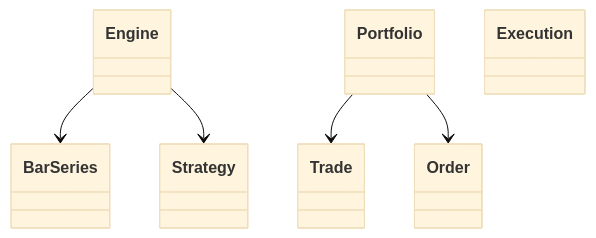
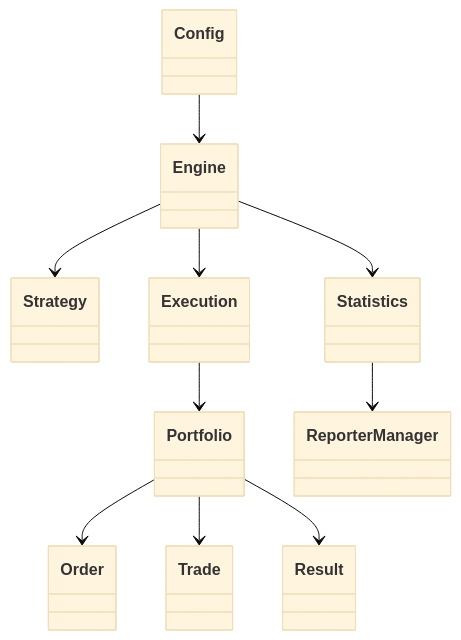
The second of 2 diagrams in README.md (diwiw/QuantGradesApp), drawn with Mermaid (base theme) before and after one commit. The commit also changed other lines of this file and 2 other files, not shown here.

`````diff
--- a/README.md
+++ b/README.md
@@ -139,15 +328,23 @@
 ````mermaid
 classDiagram
+    class Config
     class Engine
-    class BarSeries
     class Strategy
+    class Execution
     class Portfolio
     class Order
     class Trade
-    class Execution
+    class Result
+    class Statistics
+    class ReporterManager
 
-    Engine --> BarSeries
+    Config --> Engine
     Engine --> Strategy
+    Engine --> Execution
+    Execution --> Portfolio
+    Portfolio --> Order
     Portfolio --> Trade
-    Portfolio --> Order
+    Portfolio --> Result
+    Engine --> Statistics
+    Statistics --> ReporterManager
 ````
`````
